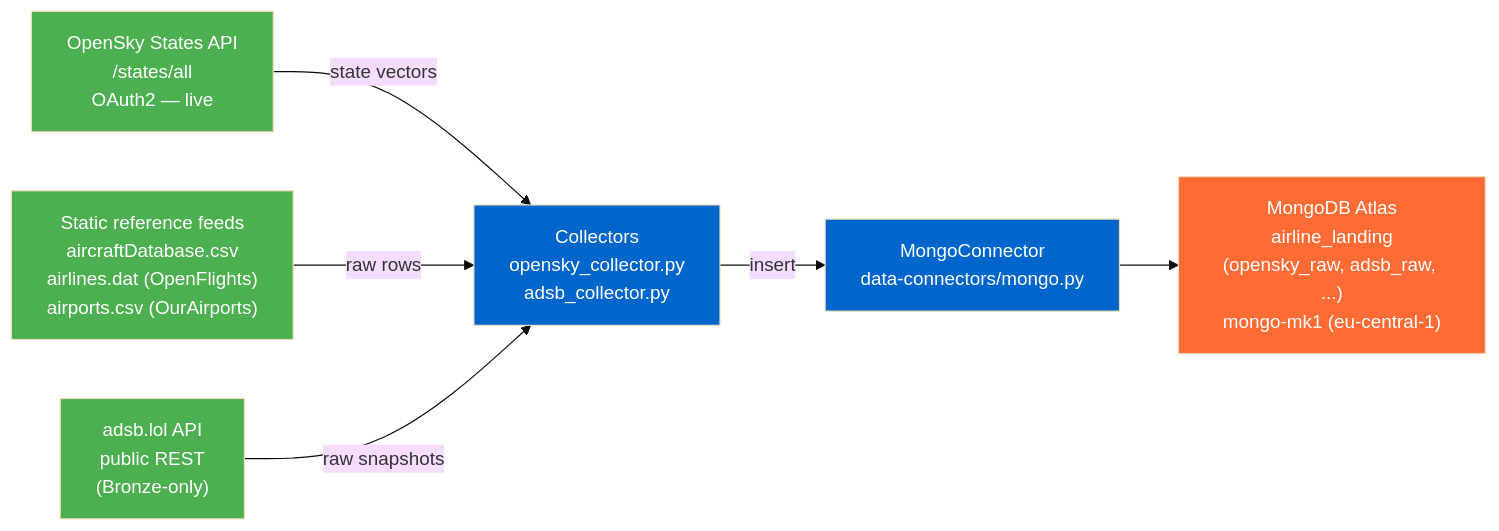
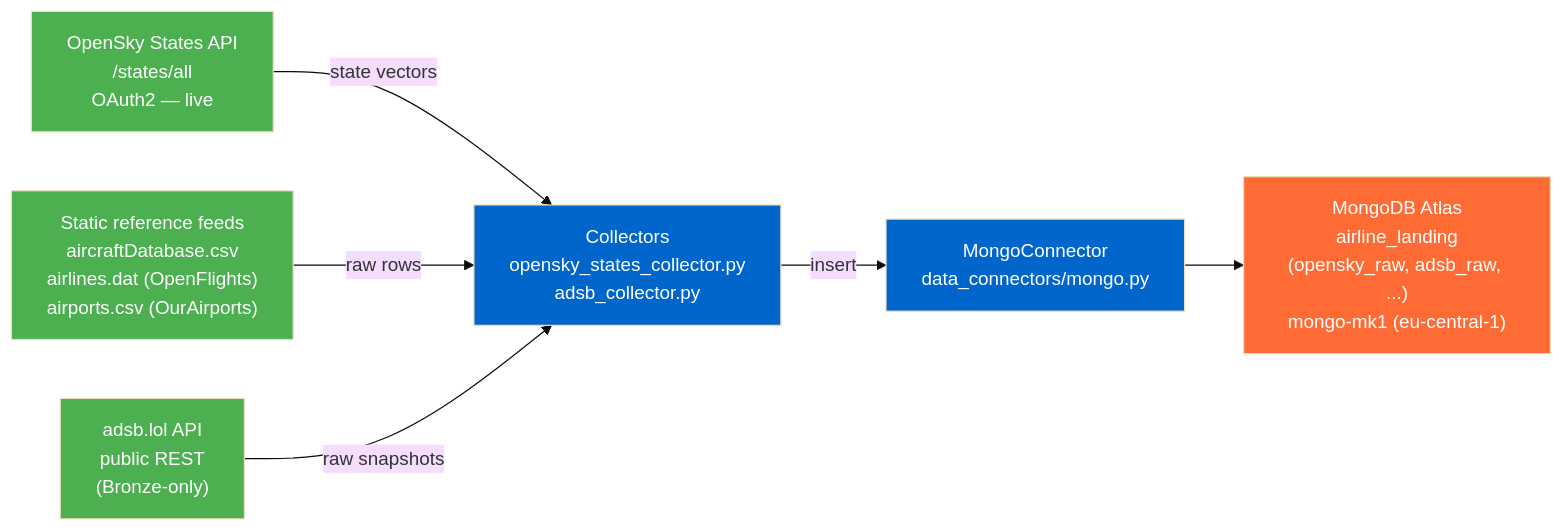
One commit to MatthiasSails/airline-data-platform changed the first of 6 diagrams in docs/architecture/README.md. Above: the diagram before and after it, drawn with Mermaid (base theme). The commit also changed other lines of this file and 23 other files, not shown here.

First line of the commit message:
Remove retired /flights/* stack; make data_connectors importable

````diff
--- a/docs/architecture/README.md
+++ b/docs/architecture/README.md
@@ -25,20 +25,20 @@
 ```mermaid
 graph LR
     OS["OpenSky States API<br/>/states/all<br/>OAuth2 — live"]
     REF["Static reference feeds<br/>aircraftDatabase.csv<br/>airlines.dat (OpenFlights)<br/>airports.csv (OurAirports)"]
     ADSB["adsb.lol API<br/>public REST<br/>(Bronze-only)"]
 
-    OS -->|state vectors| COL["Collectors<br/>opensky_collector.py<br/>adsb_collector.py"]
+    OS -->|state vectors| COL["Collectors<br/>opensky_states_collector.py<br/>adsb_collector.py"]
     REF -->|raw rows| COL
     ADSB -->|raw snapshots| COL
 
-    COL -->|insert| CON["MongoConnector<br/>data-connectors/mongo.py"]
+    COL -->|insert| CON["MongoConnector<br/>data_connectors/mongo.py"]
     CON --> MDB["MongoDB Atlas<br/>airline_landing<br/>(opensky_raw, adsb_raw, ...)<br/>mongo-mk1 (eu-central-1)"]
 
     style OS fill:#4CAF50,color:#fff
     style REF fill:#4CAF50,color:#fff
     style ADSB fill:#4CAF50,color:#fff
     style COL fill:#0066CC,color:#fff
     style CON fill:#0066CC,color:#fff
     style MDB fill:#FF6B35,color:#fff
 ```
````
